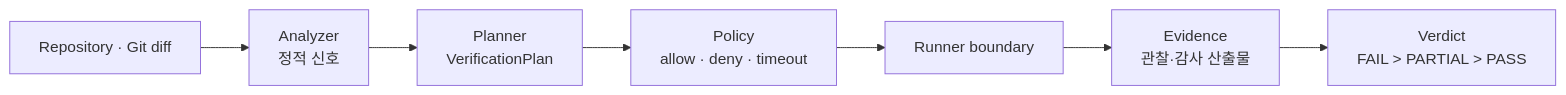
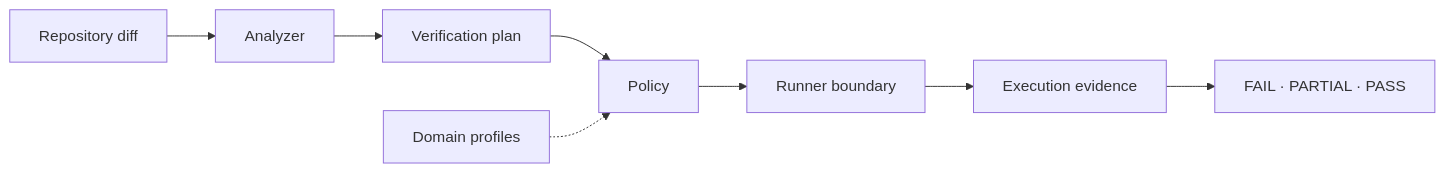
Before and after one commit to devcy0922/devcy0922.github.io: the first of 2 diagrams in docs/projects/pinchq.md, drawn with Mermaid. The commit also changed other lines of this file and 32 other files, not shown here.

````diff
--- a/docs/projects/pinchq.md
+++ b/docs/projects/pinchq.md
@@ -13,9 +22,10 @@
 ```mermaid
 flowchart LR
-    Diff[Repository · Git diff] --> Analyzer[Analyzer\n정적 신호]
-    Analyzer --> Planner[Planner\nVerificationPlan]
-    Planner --> Policy[Policy\nallow · deny · timeout]
+    Diff[Repository diff] --> Analyzer[Analyzer]
+    Analyzer --> Planner[Verification plan]
+    Planner --> Policy[Policy]
     Policy --> Runners[Runner boundary]
-    Runners --> Evidence[Evidence\n관찰·감사 산출물]
-    Evidence --> Verdict[Verdict\nFAIL > PARTIAL > PASS]
+    Runners --> Evidence[Execution evidence]
+    Evidence --> Verdict[FAIL · PARTIAL · PASS]
+    Profiles[Domain profiles] -.-> Policy
 ```
````
